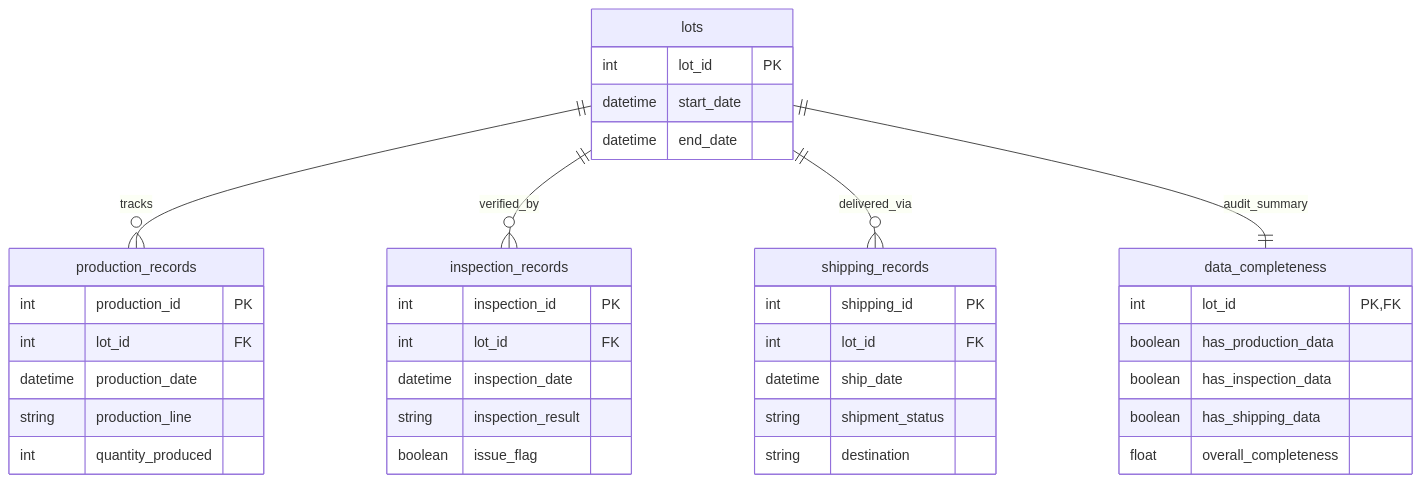
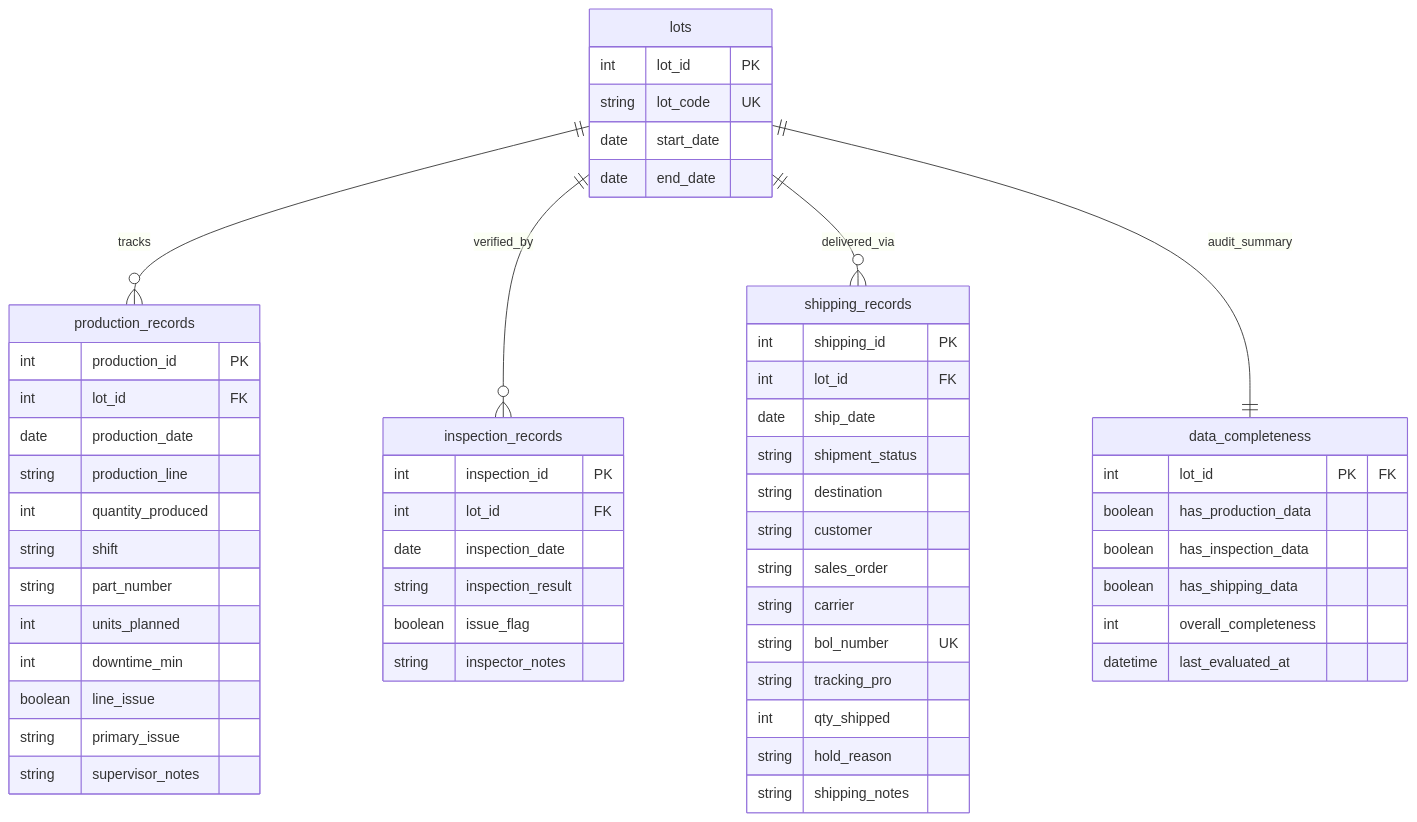
One commit to tejasri1920/Steelworker changed the diagram in docs/data_design.md. Above: the diagram before and after it, drawn with Mermaid. The commit also changed other lines of this file, not shown here.

Commit message:
Enhance data design with additional fields and ERD
Updated data design documentation to include new fields and relationships.

````diff
--- a/docs/data_design.md
+++ b/docs/data_design.md
@@ -41,45 +62,63 @@
 ```mermaid
 erDiagram
-    lots ||--o{ production_records : tracks
-    lots ||--o{ inspection_records : verified_by
-    lots ||--o{ shipping_records : delivered_via
-    lots ||--|| data_completeness : audit_summary
+    lots ||--o{ production_records : tracks
+    lots ||--o{ inspection_records : verified_by
+    lots ||--o{ shipping_records : delivered_via
+    lots ||--|| data_completeness : audit_summary
 
-    lots {
-        int lot_id PK
-        datetime start_date
-        datetime end_date
-    }
+    lots {
+        int     lot_id      PK
+        string  lot_code    UK
+        date    start_date
+        date    end_date
+    }
 
-    production_records {
-        int production_id PK
-        int lot_id FK
-        datetime production_date
-        string production_line
-        int quantity_produced
-    }
+    production_records {
+        int     production_id   PK
+        int     lot_id          FK
+        date    production_date
+        string  production_line
+        int     quantity_produced
+        string  shift
+        string  part_number
+        int     units_planned
+        int     downtime_min
+        boolean line_issue
+        string  primary_issue
+        string  supervisor_notes
+    }
 
-    inspection_records {
-        int inspection_id PK
-        int lot_id FK
-        datetime inspection_date
-        string inspection_result
-        boolean issue_flag
-    }
+    inspection_records {
+        int     inspection_id   PK
+        int     lot_id          FK
+        date    inspection_date
+        string  inspection_result
+        boolean issue_flag
+        string  inspector_notes
+    }
 
-    shipping_records {
-        int shipping_id PK
-        int lot_id FK
-        datetime ship_date
-        string shipment_status
-        string destination
-    }
+    shipping_records {
+        int     shipping_id     PK
+        int     lot_id          FK
+        date    ship_date
+        string  shipment_status
+        string  destination
+        string  customer
+        string  sales_order
+        string  carrier
+        string  bol_number      UK
+        string  tracking_pro
+        int     qty_shipped
+        string  hold_reason
+        string  shipping_notes
+    }
 
-    data_completeness {
-        int lot_id PK, FK
-        boolean has_production_data
-        boolean has_inspection_data
-        boolean has_shipping_data
-        float overall_completeness
-    }
+    data_completeness {
+        int      lot_id                PK "FK"
+        boolean  has_production_data
+        boolean  has_inspection_data
+        boolean  has_shipping_data
+        int      overall_completeness
+        datetime last_evaluated_at
+    }
 ```
````
